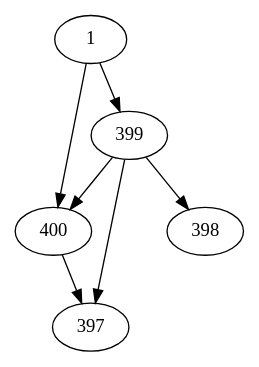
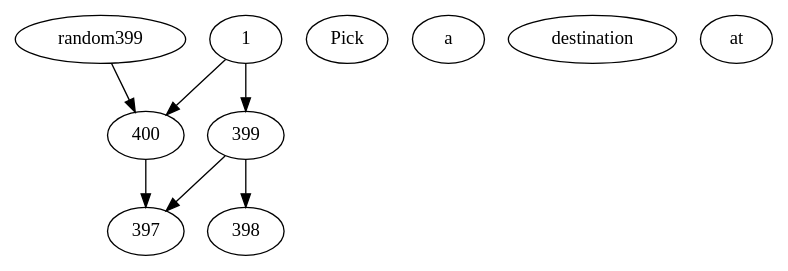
Before and after one commit to lifelike/gamebookformat: the diagram in expected/references.dot, drawn with Graphviz. The commit also changed 14 other files, not shown here.

```diff
--- a/expected/references.dot
+++ b/expected/references.dot
@@ -1,12 +1,9 @@
 digraph gamebook {
 
- 1->399
-
-1->400
+ 1->400
+1->399
+Pick a destination at random399->400
 399->397
-
-399->400
-
 399->398
 400->397
 }
```
